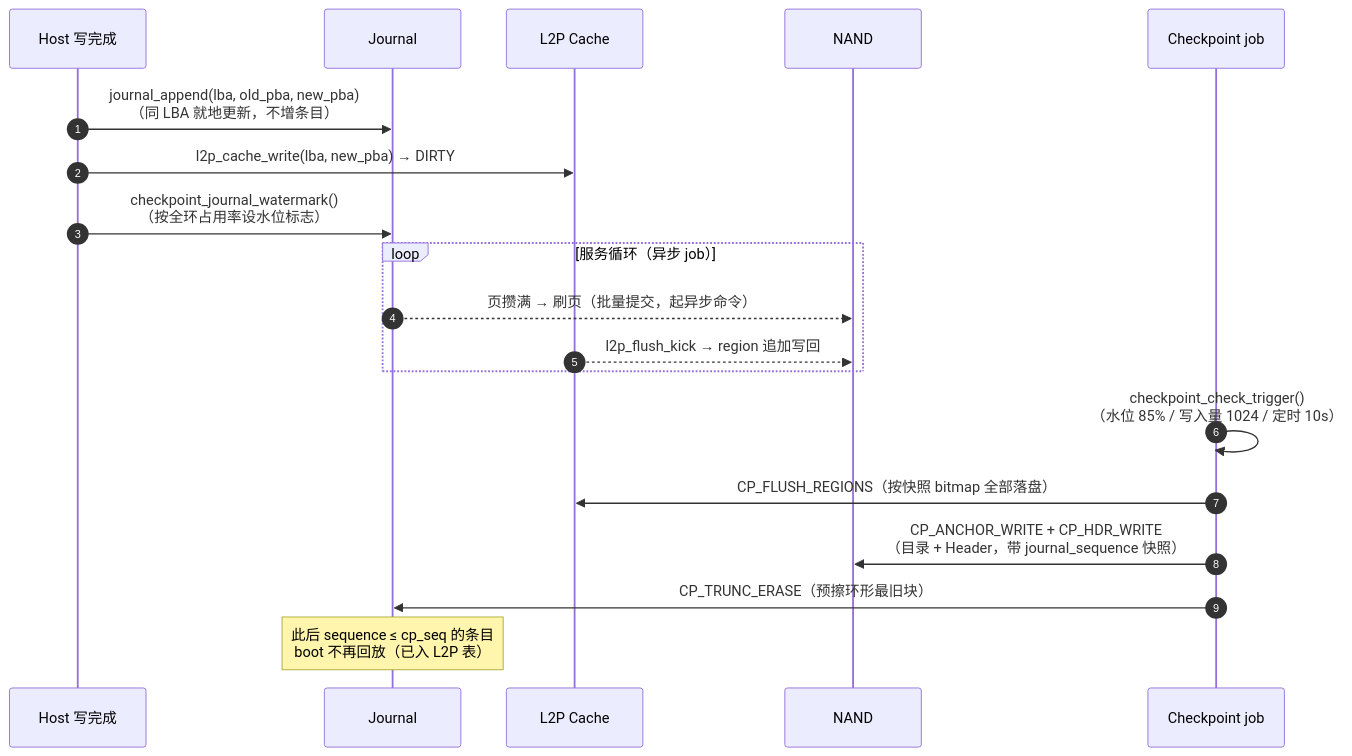
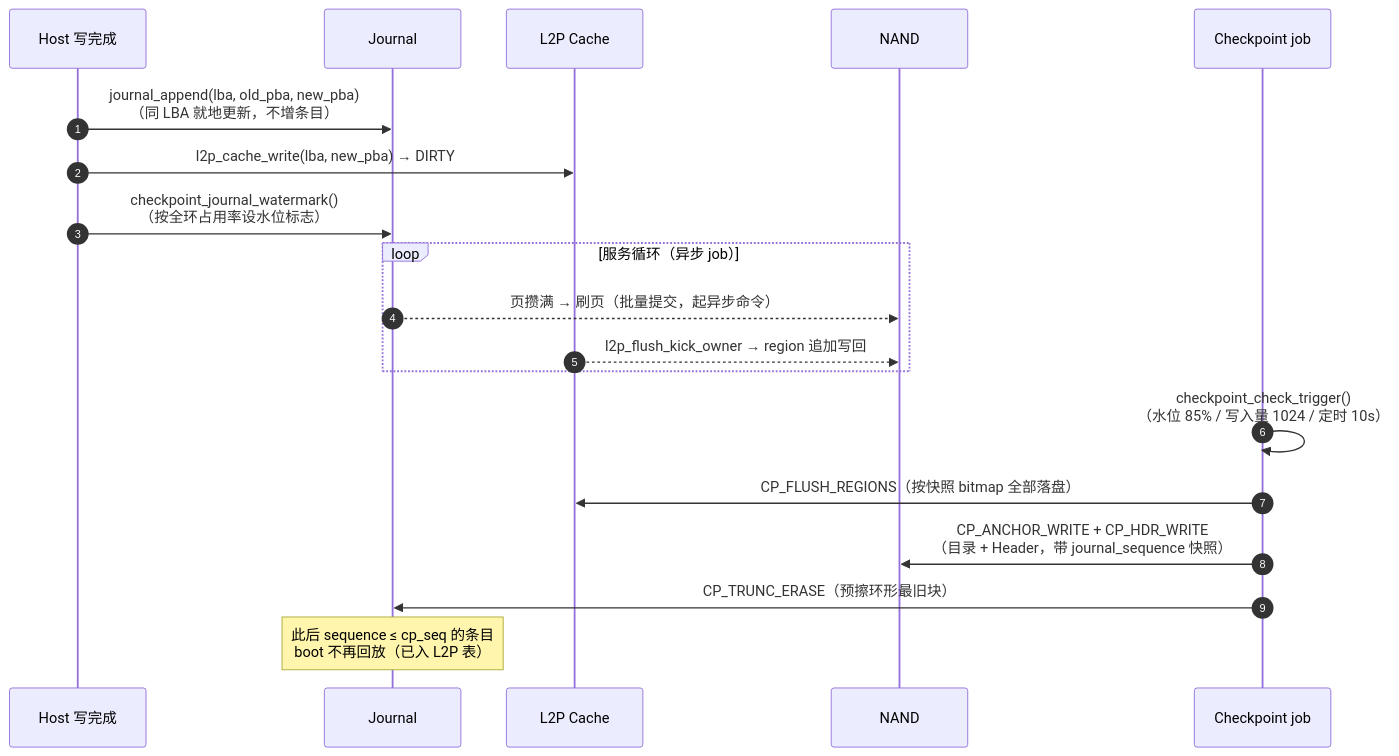
Before and after one commit to YzYMIAO/BASESSD: diagram 11 of 17 in docs/design/ftl_design.md, drawn with Mermaid. The commit also changed other lines of this file and 50 other files, not shown here.

````diff
--- a/docs/design/ftl_design.md
+++ b/docs/design/ftl_design.md
@@ -2551,22 +2560,22 @@
 ```mermaid
 sequenceDiagram
     autonumber
     participant H as Host 写完成
     participant J as Journal
     participant C as L2P Cache
     participant N as NAND
     participant CP as Checkpoint job
 
     H->>J: journal_append(lba, old_pba, new_pba)<br/>（同 LBA 就地更新，不增条目）
     H->>C: l2p_cache_write(lba, new_pba) → DIRTY
     H->>J: checkpoint_journal_watermark()<br/>（按全环占用率设水位标志）
     loop 服务循环（异步 job）
         J-->>N: 页攒满 → 刷页（批量提交，起异步命令）
-        C-->>N: l2p_flush_kick → region 追加写回
+        C-->>N: l2p_flush_kick_owner → region 追加写回
     end
     CP->>CP: checkpoint_check_trigger()<br/>（水位 85% / 写入量 1024 / 定时 10s）
     CP->>C: CP_FLUSH_REGIONS（按快照 bitmap 全部落盘）
     CP->>N: CP_ANCHOR_WRITE + CP_HDR_WRITE<br/>（目录 + Header，带 journal_sequence 快照）
     CP->>J: CP_TRUNC_ERASE（预擦环形最旧块）
     Note over J: 此后 sequence ≤ cp_seq 的条目<br/>boot 不再回放（已入 L2P 表）
 ```
````
